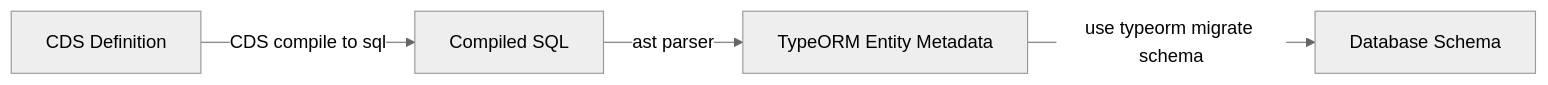
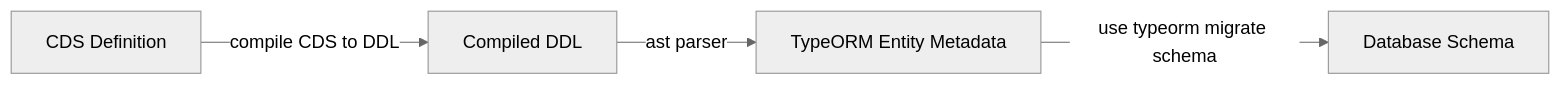
The diagram in README.md (Soontao/cds-mysql), drawn with Mermaid (neutral theme) before and after one commit. The commit also changed other lines of this file and 3 other files, not shown here.

````diff
--- a/README.md
+++ b/README.md
@@ -155,6 +161,6 @@
 ```mermaid
 graph LR
-    CDS[CDS Definition] --> |CDS compile to  sql| SQL[Compiled SQL]
-    SQL --> |ast parser| te[TypeORM Entity Metadata]
+    CDS[CDS Definition] --> |compile CDS to DDL| DDL[Compiled DDL]
+    DDL --> |ast parser| te[TypeORM Entity Metadata]
     te --> |use typeorm migrate schema|Schema[Database Schema]
 ```
````
